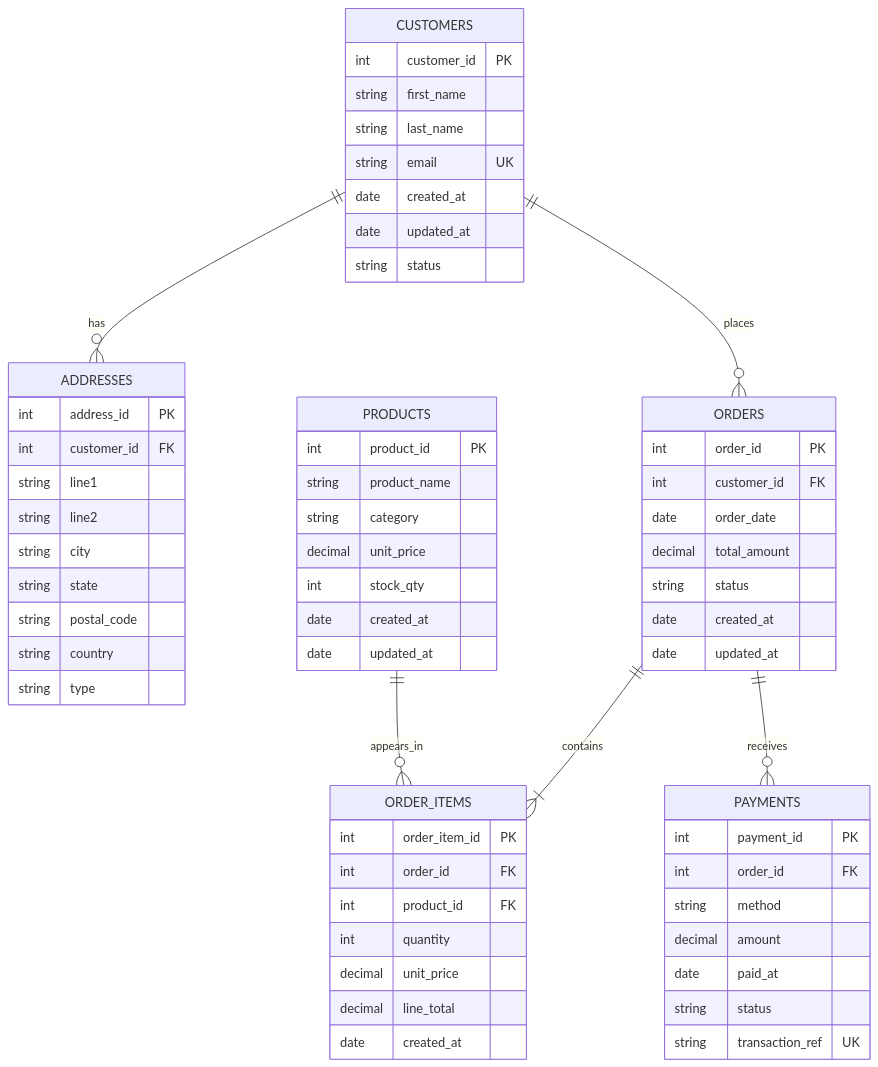
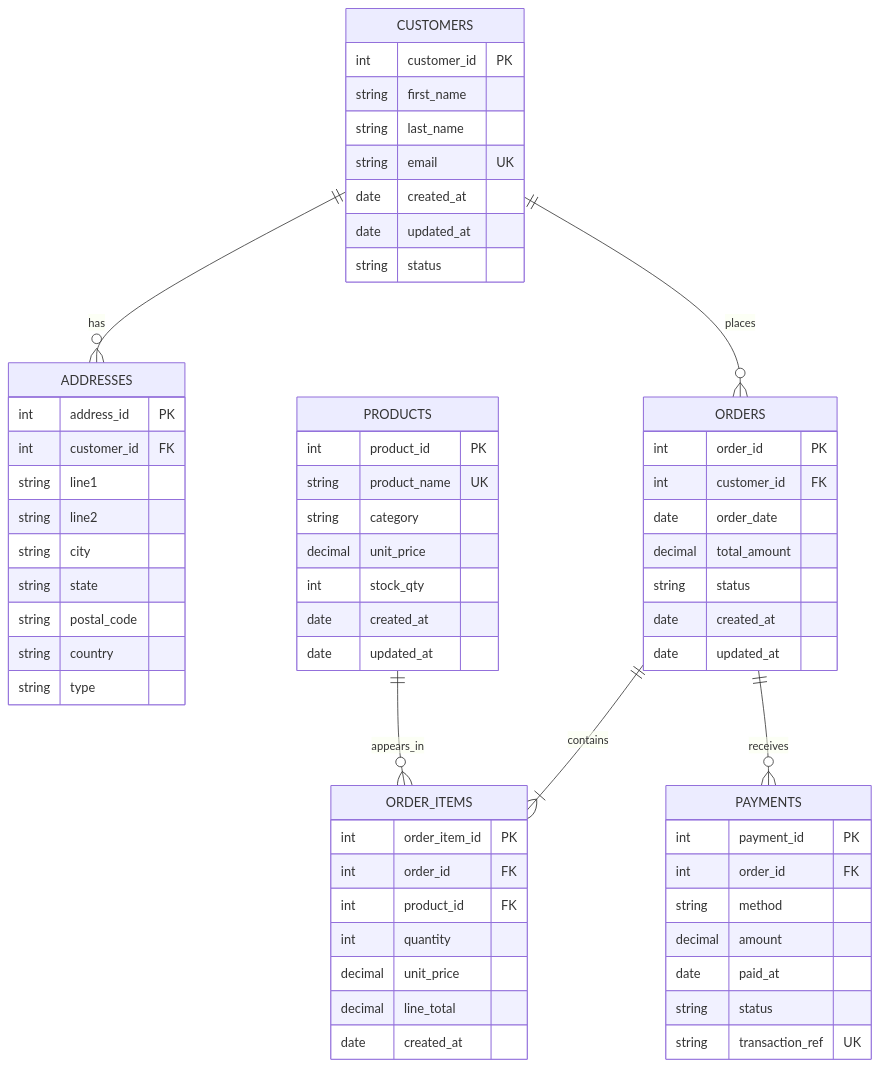
Before and after one commit to sriram270506/Cloud-Native-Distributed-SQL-DB: the diagram in docs/supermarket_er.mmd, drawn with Mermaid. The commit also changed 37 other files, not shown here.

```diff
--- a/docs/supermarket_er.mmd
+++ b/docs/supermarket_er.mmd
@@ -1,68 +1,68 @@
 erDiagram
   CUSTOMERS {
     int customer_id PK
     string first_name
     string last_name
     string email UK
     date created_at
     date updated_at
     string status
   }
 
   ADDRESSES {
     int address_id PK
     int customer_id FK
     string line1
     string line2
     string city
     string state
     string postal_code
     string country
     string type
   }
 
   PRODUCTS {
     int product_id PK
-    string product_name
+    string product_name UK
     string category
     decimal unit_price
     int stock_qty
     date created_at
     date updated_at
   }
 
   ORDERS {
     int order_id PK
     int customer_id FK
     date order_date
     decimal total_amount
     string status
     date created_at
     date updated_at
   }
 
   ORDER_ITEMS {
     int order_item_id PK
     int order_id FK
     int product_id FK
     int quantity
     decimal unit_price
     decimal line_total
     date created_at
   }
 
   PAYMENTS {
     int payment_id PK
     int order_id FK
     string method
     decimal amount
     date paid_at
     string status
     string transaction_ref UK
   }
 
   CUSTOMERS ||--o{ ADDRESSES : has
   CUSTOMERS ||--o{ ORDERS : places
   ORDERS ||--|{ ORDER_ITEMS : contains
   PRODUCTS ||--o{ ORDER_ITEMS : appears_in
   ORDERS ||--o{ PAYMENTS : receives
```
